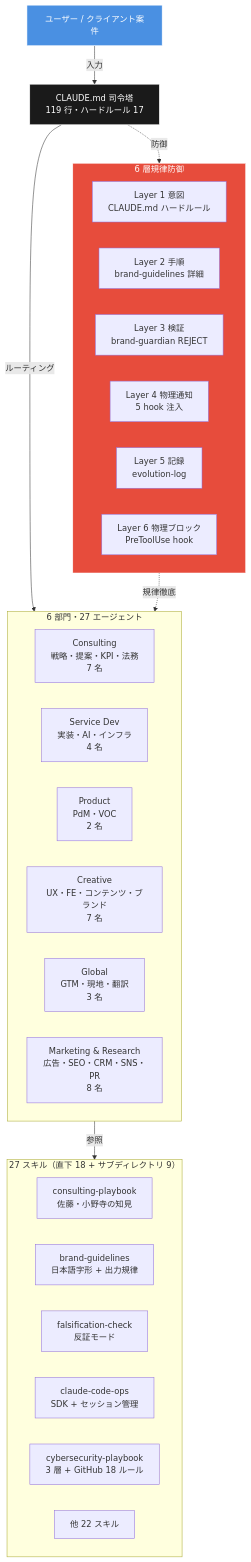
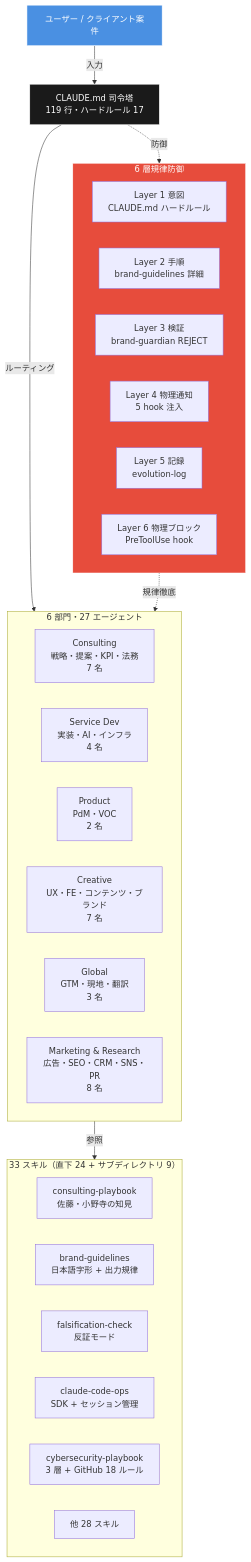
One commit to nbyk115/consulting-os changed the first of 4 diagrams in README.md. Above: the diagram before and after it, drawn with Mermaid. The commit also changed other lines of this file and 18 other files, not shown here.

````diff
--- a/README.md
+++ b/README.md
@@ -7,42 +7,42 @@
 ```mermaid
 graph TB
     User[ユーザー / クライアント案件]
     CLAUDE[CLAUDE.md 司令塔<br/>119 行・ハードルール 17]
 
     subgraph Departments["6 部門・27 エージェント"]
         Consulting[Consulting<br/>戦略・提案・KPI・法務<br/>7 名]
         ServiceDev[Service Dev<br/>実装・AI・インフラ<br/>4 名]
         Product[Product<br/>PdM・VOC<br/>2 名]
         Creative[Creative<br/>UX・FE・コンテンツ・ブランド<br/>7 名]
         Global[Global<br/>GTM・現地・翻訳<br/>3 名]
         Marketing[Marketing & Research<br/>広告・SEO・CRM・SNS・PR<br/>8 名]
     end
 
-    subgraph Skills["27 スキル（直下 18 + サブディレクトリ 9）"]
+    subgraph Skills["33 スキル（直下 24 + サブディレクトリ 9）"]
         ConsultingPlaybook[consulting-playbook<br/>佐藤・小野寺の知見]
         BrandGuidelines[brand-guidelines<br/>日本語字形 + 出力規律]
         Falsification[falsification-check<br/>反証モード]
         ClaudeCodeOps[claude-code-ops<br/>SDK + セッション管理]
         Cybersecurity[cybersecurity-playbook<br/>3 層 + GitHub 18 ルール]
-        OtherSkills[他 22 スキル]
+        OtherSkills[他 28 スキル]
     end
 
     subgraph Defense["6 層規律防御"]
         L1[Layer 1 意図<br/>CLAUDE.md ハードルール]
         L2[Layer 2 手順<br/>brand-guidelines 詳細]
         L3[Layer 3 検証<br/>brand-guardian REJECT]
         L4[Layer 4 物理通知<br/>5 hook 注入]
         L5[Layer 5 記録<br/>evolution-log]
         L6[Layer 6 物理ブロック<br/>PreToolUse hook]
     end
 
     User -->|入力| CLAUDE
     CLAUDE -->|ルーティング| Departments
     Departments -->|参照| Skills
     CLAUDE -.防御.-> Defense
     Defense -.規律徹底.-> Departments
 
     style CLAUDE fill:#1a1a1a,stroke:#fff,color:#fff
     style User fill:#4a90e2,stroke:#fff,color:#fff
     style Defense fill:#e74c3c,stroke:#fff,color:#fff
 ```
````
